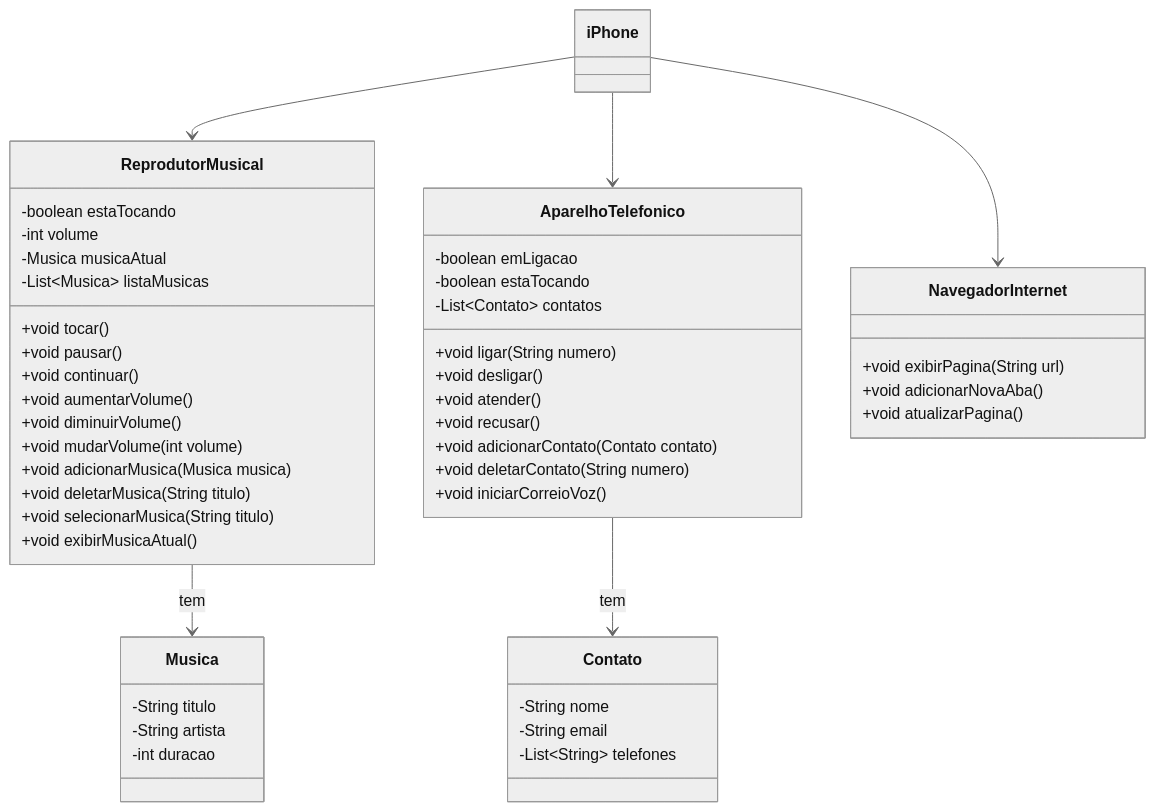
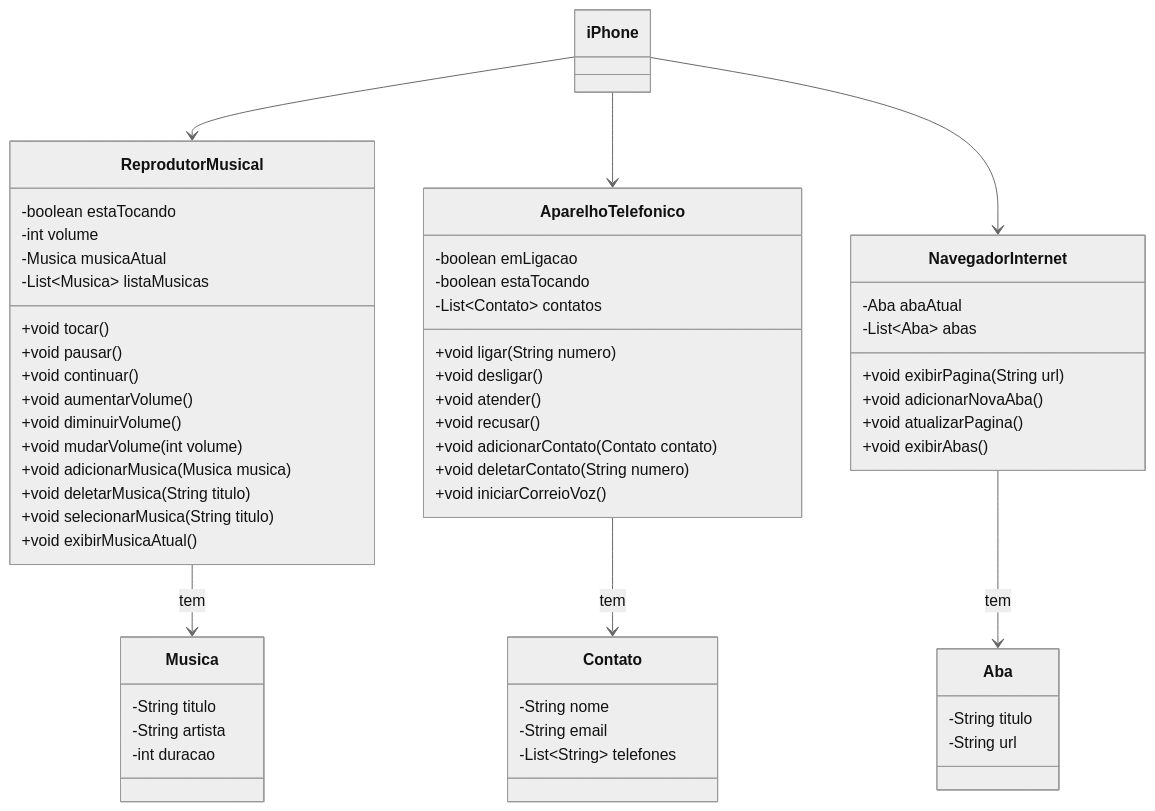
One commit to GracilianoOG/dio-iphone-uml changed the first of 4 diagrams in README.md. Above: the diagram before and after it, drawn with Mermaid (neutral theme).

Commit message:
Update NavegadorInternet of diagram
- Add class Aba
- Add attributes: abaAtual, abas
- Add methods: exibirAbas

````diff
--- a/README.md
+++ b/README.md
@@ -16,64 +16,74 @@
 ```mermaid
 classDiagram
     direction TB
 
     class iPhone {
 
     }
 
     class ReprodutorMusical {
         -boolean estaTocando
         -int volume
         -Musica musicaAtual
         -List~Musica~ listaMusicas
 
         +void tocar()
         +void pausar()
         +void continuar()
         +void aumentarVolume()
         +void diminuirVolume()
         +void mudarVolume(int volume)
         +void adicionarMusica(Musica musica)
         +void deletarMusica(String titulo)
         +void selecionarMusica(String titulo)
         +void exibirMusicaAtual()
     }
 
     class AparelhoTelefonico {
         -boolean emLigacao
         -boolean estaTocando
         -List~Contato~ contatos
 
         +void ligar(String numero)
         +void desligar()
         +void atender()
         +void recusar()
         +void adicionarContato(Contato contato)
         +void deletarContato(String numero)
         +void iniciarCorreioVoz()
     }
 
     class NavegadorInternet {
+        -Aba abaAtual
+        -List~Aba~ abas
+
         +void exibirPagina(String url)
         +void adicionarNovaAba()
         +void atualizarPagina()
+        +void exibirAbas()
     }
 
     class Musica {
         -String titulo
         -String artista
         -int duracao
     }
 
     class Contato {
         -String nome
         -String email
         -List~String~ telefones
     }
 
+    class Aba {
+        -String titulo
+        -String url
+    }
+
     iPhone --> ReprodutorMusical
     iPhone --> AparelhoTelefonico
     iPhone --> NavegadorInternet
     ReprodutorMusical --> Musica : tem
     AparelhoTelefonico --> Contato : tem
+    NavegadorInternet --> Aba : tem
 ```
````
